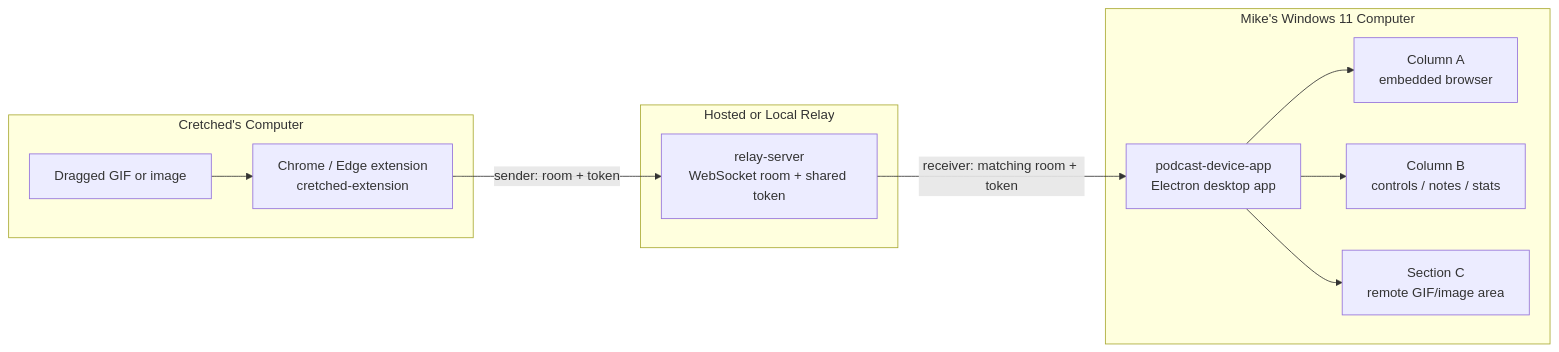
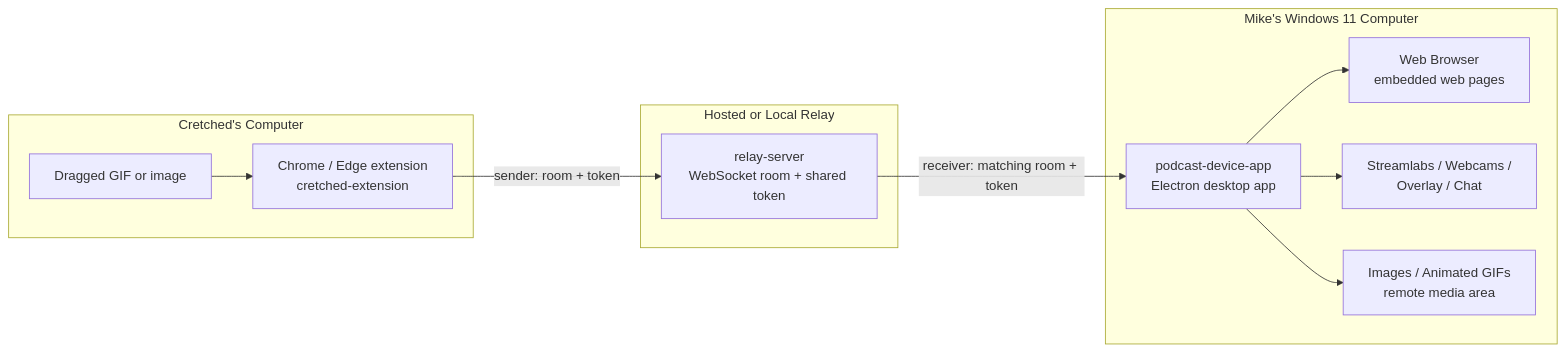
One commit to obdmpod/pod-image-relay changed the diagram in README.md. Above: the diagram before and after it, drawn with Mermaid. The commit also changed other lines of this file and 1 other file, not shown here.

````diff
--- a/README.md
+++ b/README.md
@@ -24,25 +24,25 @@
 ```mermaid
 flowchart LR
     subgraph C["Cretched's Computer"]
         EXT["Chrome / Edge extension\ncretched-extension"]
         IMG["Dragged GIF or image"]
         IMG --> EXT
     end
 
     subgraph R["Hosted or Local Relay"]
         WS["relay-server\nWebSocket room + shared token"]
     end
 
     subgraph M["Mike's Windows 11 Computer"]
         APP["podcast-device-app\nElectron desktop app"]
-        A["Column A\nembedded browser"]
-        B["Column B\ncontrols / notes / stats"]
-        GIF["Section C\nremote GIF/image area"]
+        A["Web Browser\nembedded web pages"]
+        B["Streamlabs / Webcams /\nOverlay / Chat"]
+        GIF["Images / Animated GIFs\nremote media area"]
         APP --> A
         APP --> B
         APP --> GIF
     end
 
     EXT -- "sender: room + token" --> WS
     WS -- "receiver: matching room + token" --> APP
 ```
````
